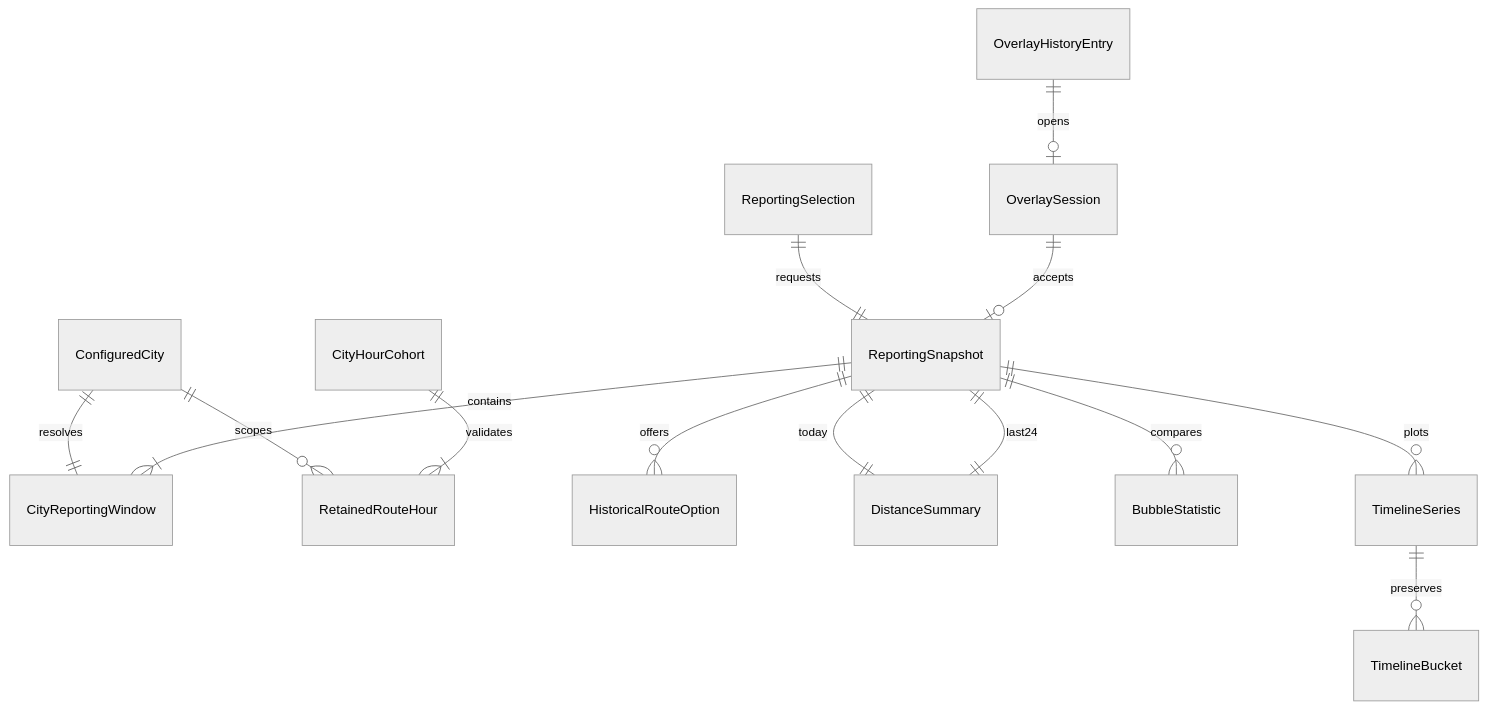
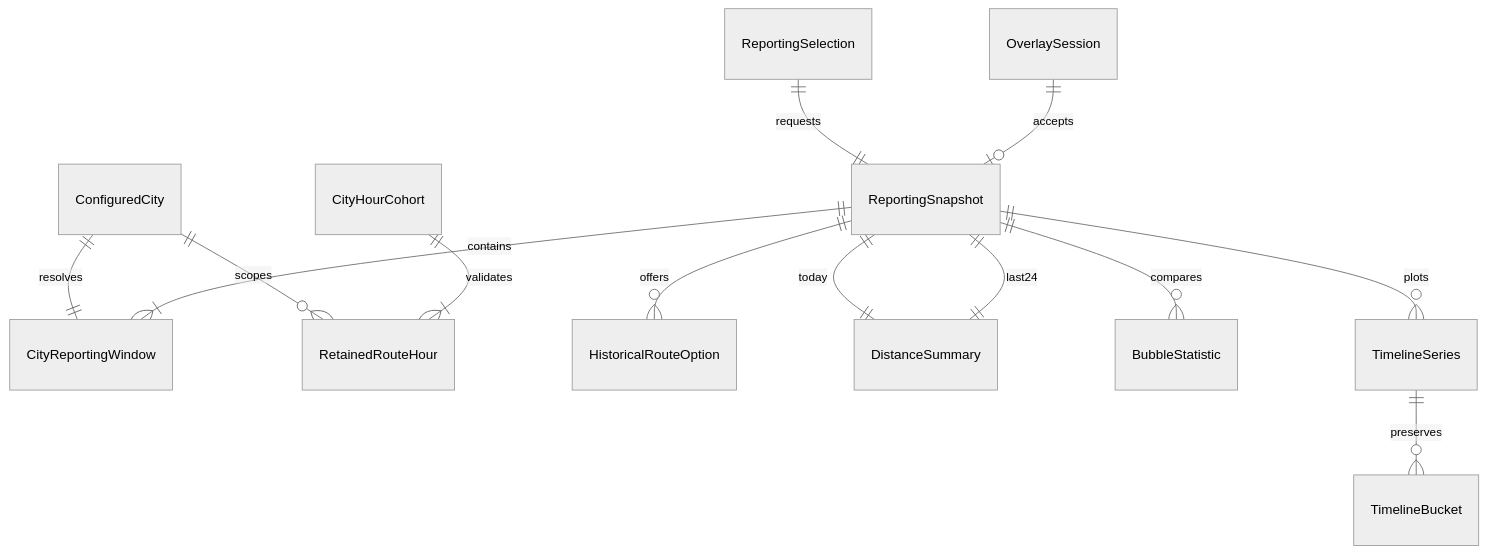
Before and after one commit to henryfaulkner/ChefKnifeStudios.TransitJazz: the diagram in specs/058-stats-overlay/data-model.md, drawn with Mermaid (neutral theme). The commit also changed other lines of this file and 116 other files, not shown here.

````diff
--- a/specs/058-stats-overlay/data-model.md
+++ b/specs/058-stats-overlay/data-model.md
@@ -9,16 +9,15 @@
 ```mermaid
 erDiagram
     ConfiguredCity ||--|| CityReportingWindow : resolves
     ConfiguredCity ||--o{ RetainedRouteHour : scopes
     CityHourCohort ||--|{ RetainedRouteHour : validates
     ReportingSelection ||--|| ReportingSnapshot : requests
     ReportingSnapshot ||--|{ CityReportingWindow : contains
     ReportingSnapshot ||--o{ HistoricalRouteOption : offers
     ReportingSnapshot ||--|| DistanceSummary : today
     ReportingSnapshot ||--|| DistanceSummary : last24
     ReportingSnapshot ||--o{ BubbleStatistic : compares
     ReportingSnapshot ||--o{ TimelineSeries : plots
     TimelineSeries ||--o{ TimelineBucket : preserves
     OverlaySession ||--o| ReportingSnapshot : accepts
-    OverlayHistoryEntry ||--o| OverlaySession : opens
 ```
````
